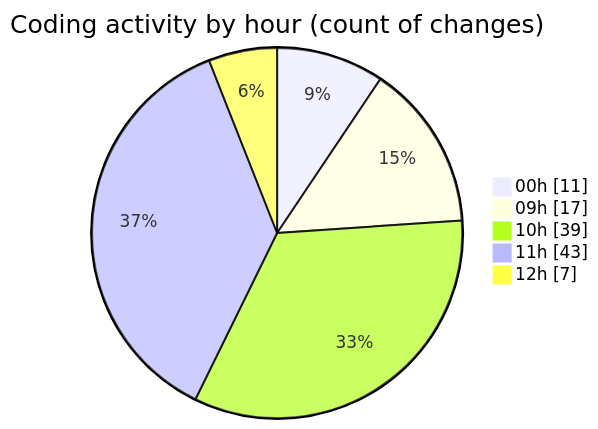
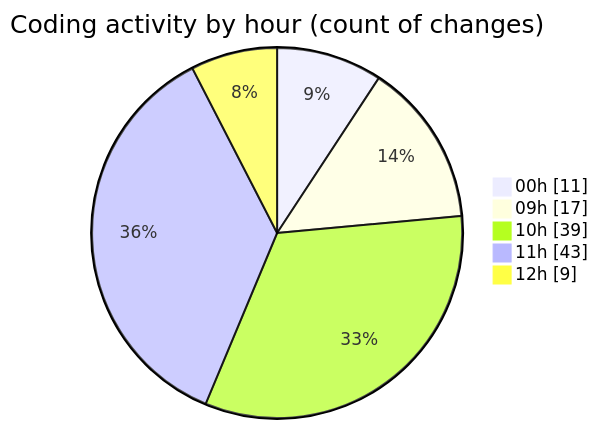
Before and after one commit to momahboobian/code-tracking: the second of 2 diagrams in 2026-09-02/cda/README.md, drawn with Mermaid. The commit also changed other lines of this file and 1 other file, not shown here.

````diff
--- a/2026-09-02/cda/README.md
+++ b/2026-09-02/cda/README.md
@@ -36,9 +36,9 @@
 ```mermaid
 pie showData
 title Coding activity by hour (count of changes)
 "00h" : 11
 "09h" : 17
 "10h" : 39
 "11h" : 43
-"12h" : 7
+"12h" : 9
 ```
````
